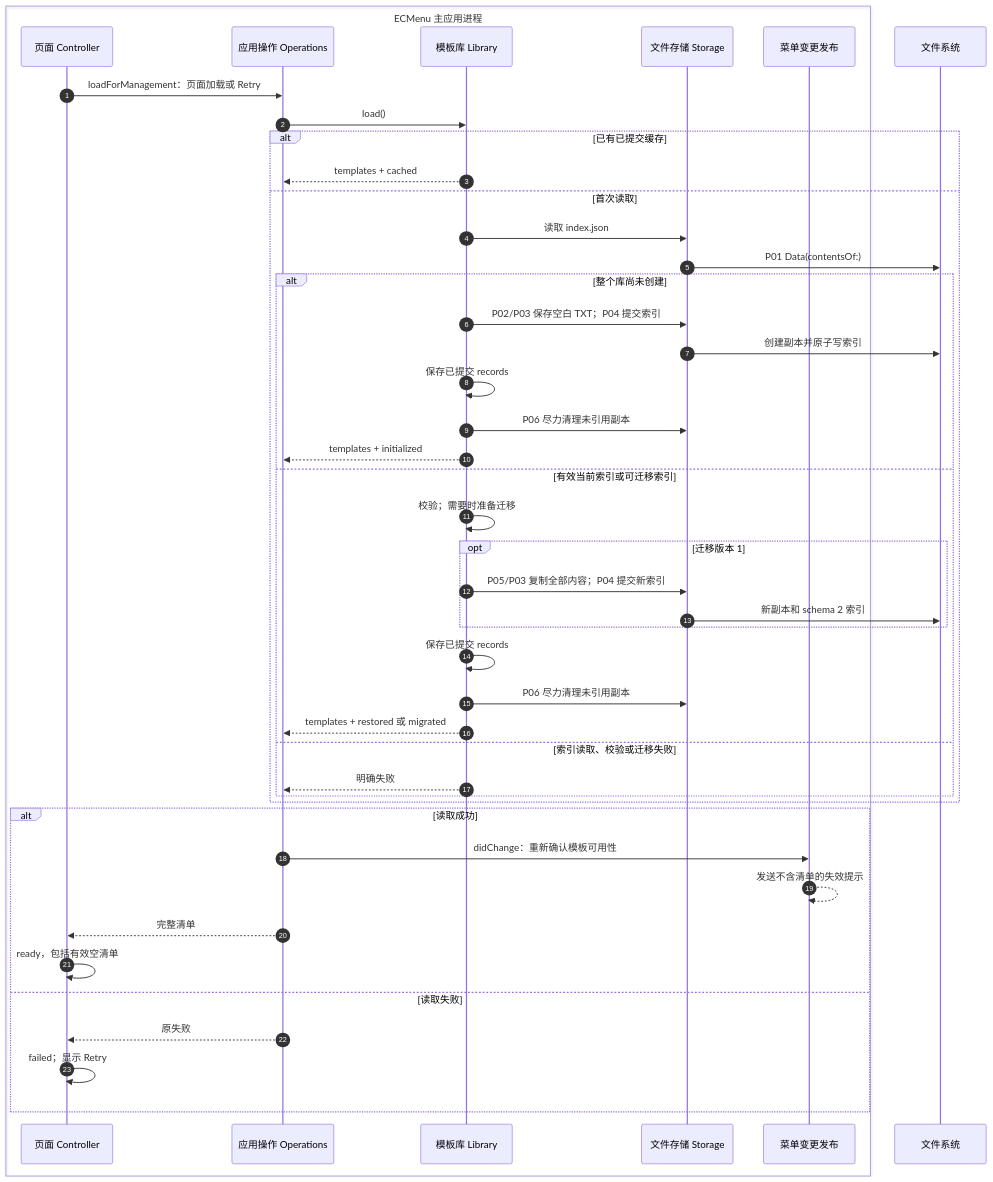
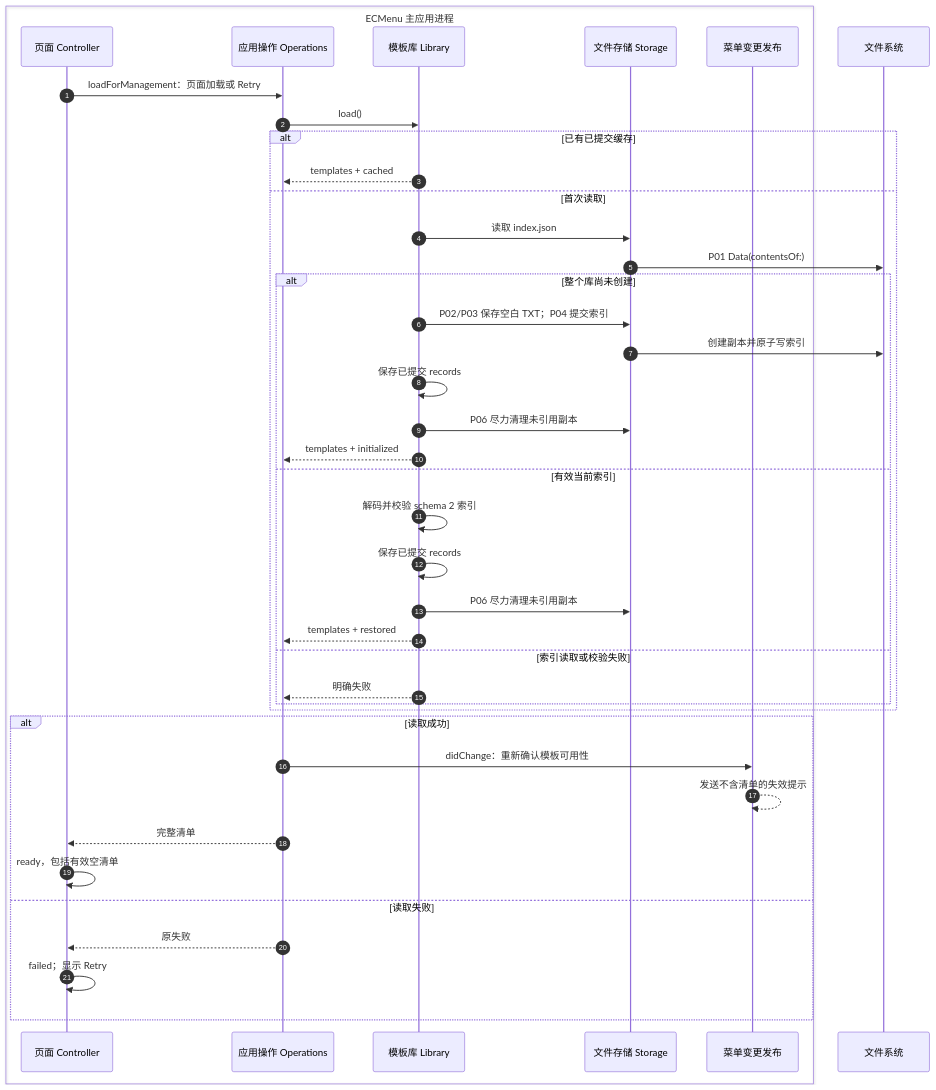
Before and after one commit to tlb-22/mac-tool-ecmenu: the first of 3 diagrams in spec/Technical/Features/NewFileTemplates/Flows.md, drawn with Mermaid. The commit also changed other lines of this file and 21 other files, not shown here.

````diff
--- a/spec/Technical/Features/NewFileTemplates/Flows.md
+++ b/spec/Technical/Features/NewFileTemplates/Flows.md
@@ -7,47 +7,43 @@
 ```mermaid
 sequenceDiagram
     autonumber
     box ECMenu 主应用进程
         participant C as 页面 Controller
         participant O as 应用操作 Operations
         participant L as 模板库 Library
         participant S as 文件存储 Storage
         participant P as 菜单变更发布
     end
     participant D as 文件系统
     C->>O: loadForManagement：页面加载或 Retry
     O->>L: load()
     alt 已有已提交缓存
         L-->>O: templates + cached
     else 首次读取
         L->>S: 读取 index.json
         S->>D: P01 Data(contentsOf:)
         alt 整个库尚未创建
             L->>S: P02/P03 保存空白 TXT；P04 提交索引
             S->>D: 创建副本并原子写索引
             L->>L: 保存已提交 records
             L->>S: P06 尽力清理未引用副本
             L-->>O: templates + initialized
-        else 有效当前索引或可迁移索引
-            L->>L: 校验；需要时准备迁移
-            opt 迁移版本 1
-                L->>S: P05/P03 复制全部内容；P04 提交新索引
-                S->>D: 新副本和 schema 2 索引
-            end
+        else 有效当前索引
+            L->>L: 解码并校验 schema 2 索引
             L->>L: 保存已提交 records
             L->>S: P06 尽力清理未引用副本
-            L-->>O: templates + restored 或 migrated
-        else 索引读取、校验或迁移失败
+            L-->>O: templates + restored
+        else 索引读取或校验失败
             L-->>O: 明确失败
         end
     end
     alt 读取成功
         O->>P: didChange：重新确认模板可用性
         P-->>P: 发送不含清单的失效提示
         O-->>C: 完整清单
         C->>C: ready，包括有效空清单
     else 读取失败
         O-->>C: 原失败
         C->>C: failed；显示 Retry
     end
 ```
````
